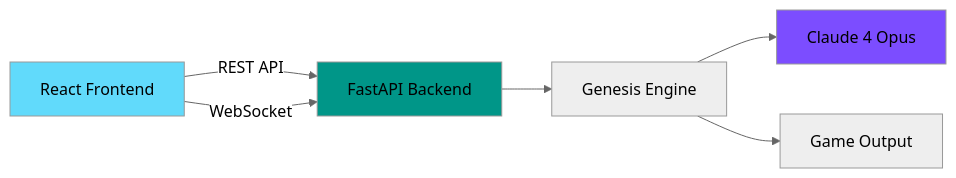
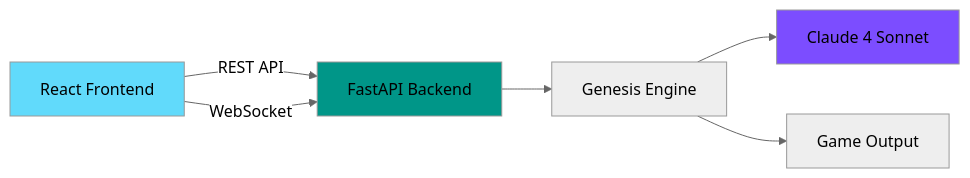
One commit to belumume/code-genesis-play changed the diagram in COMPETITION_README.md. Above: the diagram before and after it, drawn with Mermaid (neutral theme). The commit also changed other lines of this file and 15 other files, not shown here.

Commit message:
Update documentation and references to reflect the transition from Claude 4 Opus to Claude 4 Sonnet across all project files. This includes changes in model descriptions, integration points, and promotional materials to ensure consistency in showcasing the new AI model's capabilities.

````diff
--- a/COMPETITION_README.md
+++ b/COMPETITION_README.md
@@ -109,12 +109,12 @@
 ```mermaid
 graph LR
     A[React Frontend] -->|REST API| B[FastAPI Backend]
     A -->|WebSocket| B
     B --> C[Genesis Engine]
-    C --> D[Claude 4 Opus]
+    C --> D[Claude 4 Sonnet]
     C --> E[Game Output]
     
     style A fill:#61dafb
     style B fill:#009688
     style D fill:#7c4dff
 ```
````
